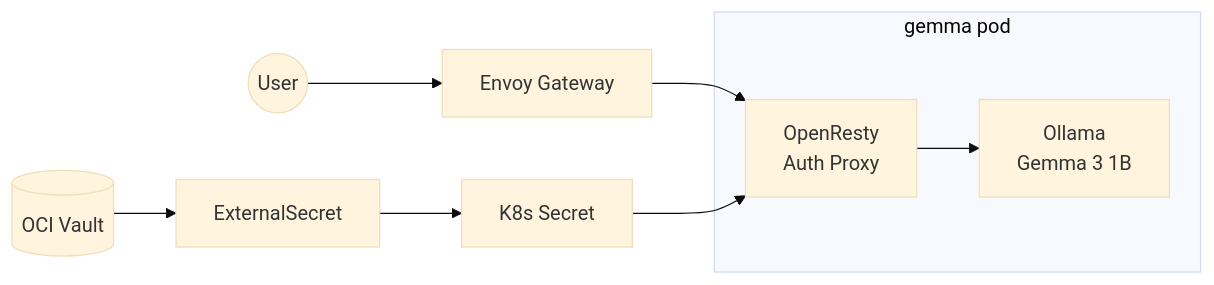
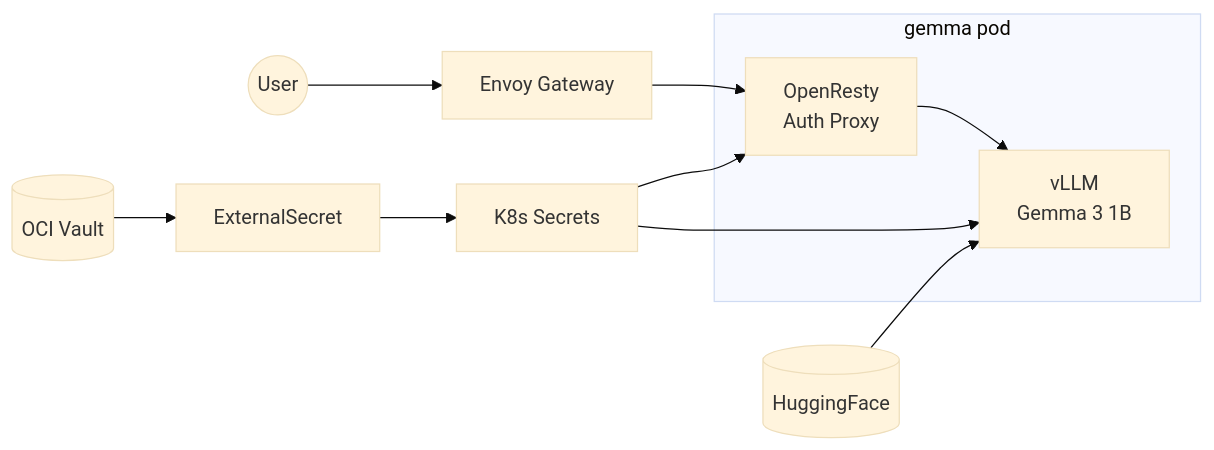
Before and after one commit to nsudhanva/k8s-oracle: the diagram in docs/src/content/docs/architecture/gemma-llm.mdx, drawn with Mermaid (base theme). The commit also changed other lines of this file and 11 other files, not shown here.

First line of the commit message:
Replace Ollama with vLLM for Gemma 3 1B deployment

````diff
--- a/docs/src/content/docs/architecture/gemma-llm.mdx
+++ b/docs/src/content/docs/architecture/gemma-llm.mdx
@@ -76,15 +74,17 @@
 ```mermaid
 flowchart LR
     User((User)) --> Gateway[Envoy Gateway]
     Gateway --> Auth[OpenResty\nAuth Proxy]
-    Auth --> Ollama[Ollama\nGemma 3 1B]
+    Auth --> vLLM[vLLM\nGemma 3 1B]
 
     subgraph Pod["gemma pod"]
         Auth
-        Ollama
+        vLLM
     end
 
+    HF[(HuggingFace)] --> vLLM
     Vault[(OCI Vault)] --> ES[ExternalSecret]
-    ES --> Secret[K8s Secret]
+    ES --> Secret[K8s Secrets]
     Secret --> Auth
+    Secret --> vLLM
 ```
````
